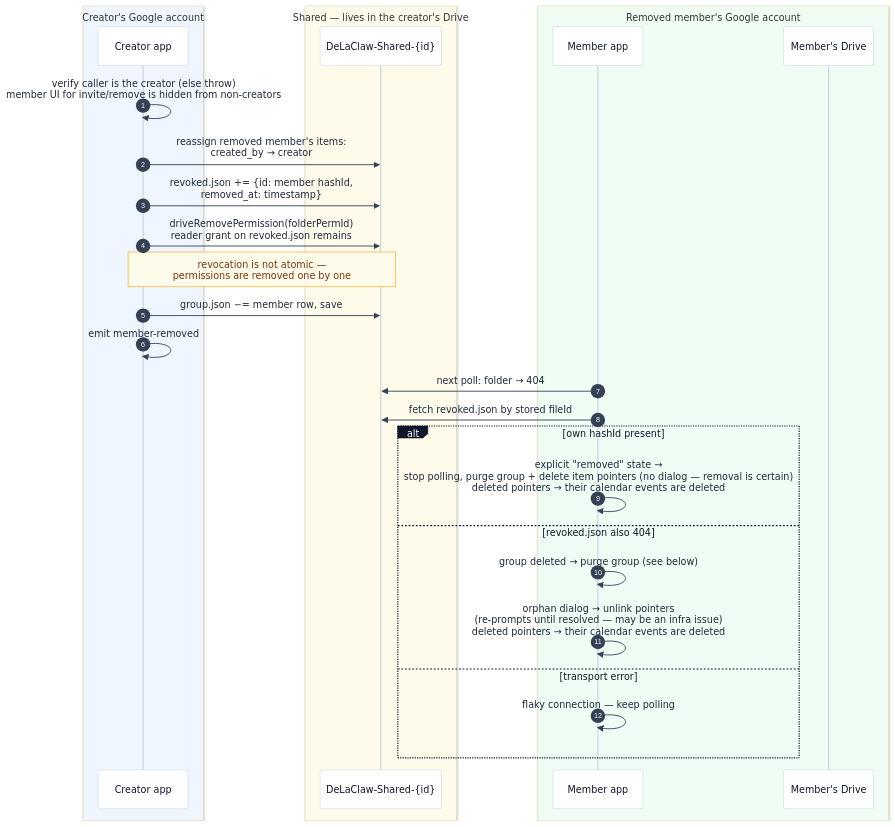
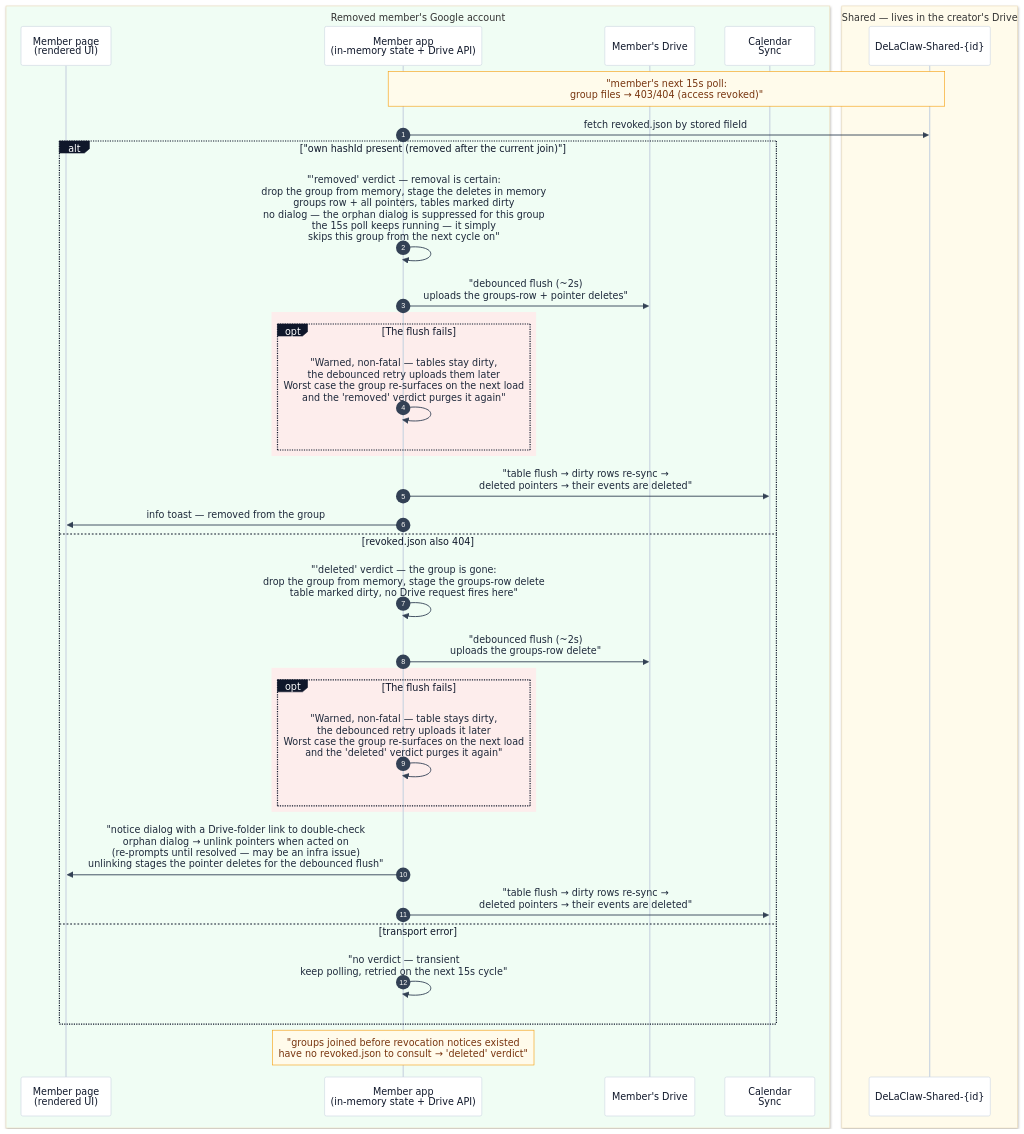
One commit to AntGro/DeLaClaw changed diagram 11 of 14 in docs-site/sharing.md. Above: the diagram before and after it, drawn with Mermaid. The commit also changed other lines of this file and 10 other files, not shown here.

````diff
--- a/docs-site/sharing.md
+++ b/docs-site/sharing.md
@@ -394,33 +474,41 @@
 ```mermaid
 %%{init: {'theme': 'base', 'themeVariables': {'background': '#fbfaf8', 'actorBkg': '#ffffff', 'actorBorder': '#cbd5e1', 'actorTextColor': '#0f172a', 'actorLineColor': '#cbd5e1', 'signalColor': '#334155', 'signalTextColor': '#1e293b', 'noteBkgColor': '#fffbeb', 'noteBorderColor': '#f59e0b', 'noteTextColor': '#78350f', 'labelBoxBkgColor': '#0f172a', 'labelBoxBorderColor': '#0f172a', 'labelTextColor': '#ffffff'}}}%%
 sequenceDiagram
     autonumber
-    box rgb(239,246,255) Creator's Google account
-    participant CA as Creator app
+    box rgb(240,253,244) Removed member's Google account
+    participant MP as Member page<br/>(rendered UI)
+    participant MA as Member app<br/>(in-memory state + Drive API)
+    participant MD as Member's Drive
+    participant CAL as Calendar<br/>Sync
     end
     box rgb(255,251,235) Shared — lives in the creator's Drive
     participant SF as DeLaClaw-Shared-{id}
     end
-    box rgb(240,253,244) Removed member's Google account
-    participant MA as Member app
-    participant MD as Member's Drive
+
+    Note over MA,SF: "member's next 15s poll:<br/>group files → 403/404 (access revoked)"
+    MA->>SF: fetch revoked.json by stored fileId
+    alt "own hashId present (removed after the current join)"
+    MA->>MA: "'removed' verdict — removal is certain:<br/>drop the group from memory, stage the deletes in memory<br/>groups row + all pointers, tables marked dirty<br/>no dialog — the orphan dialog is suppressed for this group<br/>the 15s poll keeps running — it simply<br/>skips this group from the next cycle on"
+    MA->>MD: "debounced flush (~2s)<br/>uploads the groups-row + pointer deletes"
+    rect rgb(253, 237, 236)
+    opt The flush fails
+        MA->>MA: "Warned, non-fatal — tables stay dirty,<br/>the debounced retry uploads them later<br/>Worst case the group re-surfaces on the next load<br/>and the 'removed' verdict purges it again"
     end
-
-    CA->>CA: verify caller is the creator (else throw)<br/>member UI for invite/remove is hidden from non-creators
-    CA->>SF: reassign removed member's items:<br/>created_by → creator
-    CA->>SF: revoked.json += {id: member hashId,<br/>removed_at: timestamp}
-    CA->>SF: driveRemovePermission(folderPermId)<br/>reader grant on revoked.json remains
-    Note over CA,SF: revocation is not atomic —<br/>permissions are removed one by one
-    CA->>SF: group.json −= member row, save
-    CA->>CA: emit member-removed
-    MA->>SF: next poll: folder → 404
-    MA->>SF: fetch revoked.json by stored fileId
-    alt own hashId present
-    MA->>MA: explicit "removed" state →<br/>stop polling, purge group + delete item pointers (no dialog — removal is certain)<br/>deleted pointers → their calendar events are deleted
+    end
+    MA->>CAL: "table flush → dirty rows re-sync →<br/>deleted pointers → their events are deleted"
+    MA->>MP: info toast — removed from the group
     else revoked.json also 404
-    MA->>MA: group deleted → purge group (see below)
-    MA->>MA: orphan dialog → unlink pointers<br/>(re-prompts until resolved — may be an infra issue)<br/>deleted pointers → their calendar events are deleted
+    MA->>MA: "'deleted' verdict — the group is gone:<br/>drop the group from memory, stage the groups-row delete<br/>table marked dirty, no Drive request fires here"
+    MA->>MD: "debounced flush (~2s)<br/>uploads the groups-row delete"
+    rect rgb(253, 237, 236)
+    opt The flush fails
+        MA->>MA: "Warned, non-fatal — table stays dirty,<br/>the debounced retry uploads it later<br/>Worst case the group re-surfaces on the next load<br/>and the 'deleted' verdict purges it again"
+    end
+    end
+    MA->>MP: "notice dialog with a Drive-folder link to double-check<br/>orphan dialog → unlink pointers when acted on<br/>(re-prompts until resolved — may be an infra issue)<br/>unlinking stages the pointer deletes for the debounced flush"
+    MA->>CAL: "table flush → dirty rows re-sync →<br/>deleted pointers → their events are deleted"
     else transport error
-    MA->>MA: flaky connection — keep polling
+    MA->>MA: "no verdict — transient<br/>keep polling, retried on the next 15s cycle"
     end
+    Note over MA: "groups joined before revocation notices existed<br/>have no revoked.json to consult → 'deleted' verdict"
 ```
````
